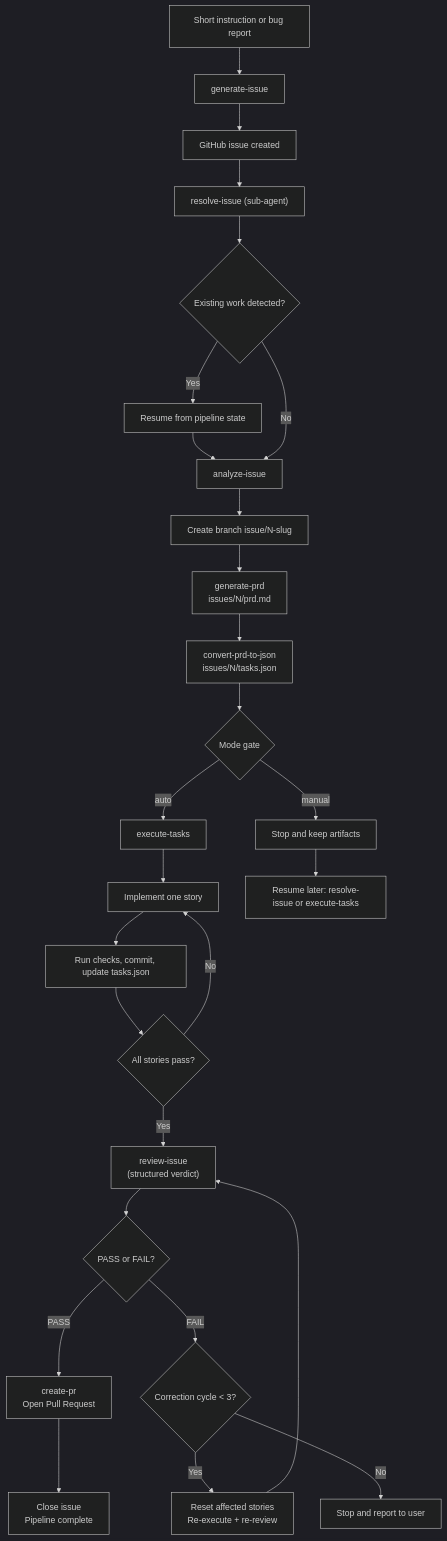
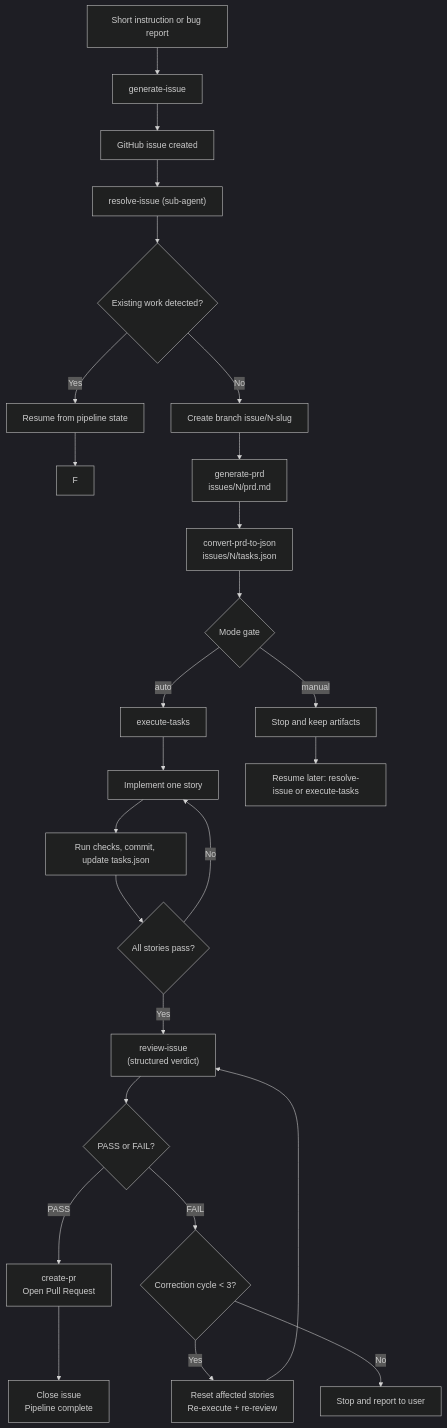
The diagram in docs/skills-and-agents.md (fabioassuncao/issue-flow), drawn with Mermaid (dark theme) before and after one commit. The commit also changed other lines of this file and 14 other files, not shown here.

````diff
--- a/docs/skills-and-agents.md
+++ b/docs/skills-and-agents.md
@@ -71,29 +71,28 @@
 ```mermaid
 flowchart TD
     A[Short instruction or bug report] --> B[generate-issue]
     B --> C[GitHub issue created]
     C --> D["resolve-issue (sub-agent)"]
     D --> E{Existing work detected?}
     E -- Yes --> E1["Resume from pipeline state"]
     E1 --> F
-    E -- No --> F[analyze-issue]
-    F --> G[Create branch issue/N-slug]
+    E -- No --> G[Create branch issue/N-slug]
     G --> H[generate-prd<br/>issues/N/prd.md]
     H --> I[convert-prd-to-json<br/>issues/N/tasks.json]
     I --> J{"Mode gate"}
     J -- "auto" --> K[execute-tasks]
     J -- "manual" --> P[Stop and keep artifacts]
     K --> L[Implement one story]
     L --> M[Run checks, commit, update tasks.json]
     M --> N{All stories pass?}
     N -- No --> L
     N -- Yes --> V["review-issue<br/>(structured verdict)"]
     V --> S{PASS or FAIL?}
     S -- PASS --> R["create-pr<br/>Open Pull Request"]
     R --> T["Close issue<br/>Pipeline complete"]
     S -- FAIL --> W{"Correction cycle < 3?"}
     W -- Yes --> X["Reset affected stories<br/>Re-execute + re-review"]
     X --> V
     W -- No --> Y[Stop and report to user]
     P --> Q["Resume later: resolve-issue or execute-tasks"]
 ```
````
